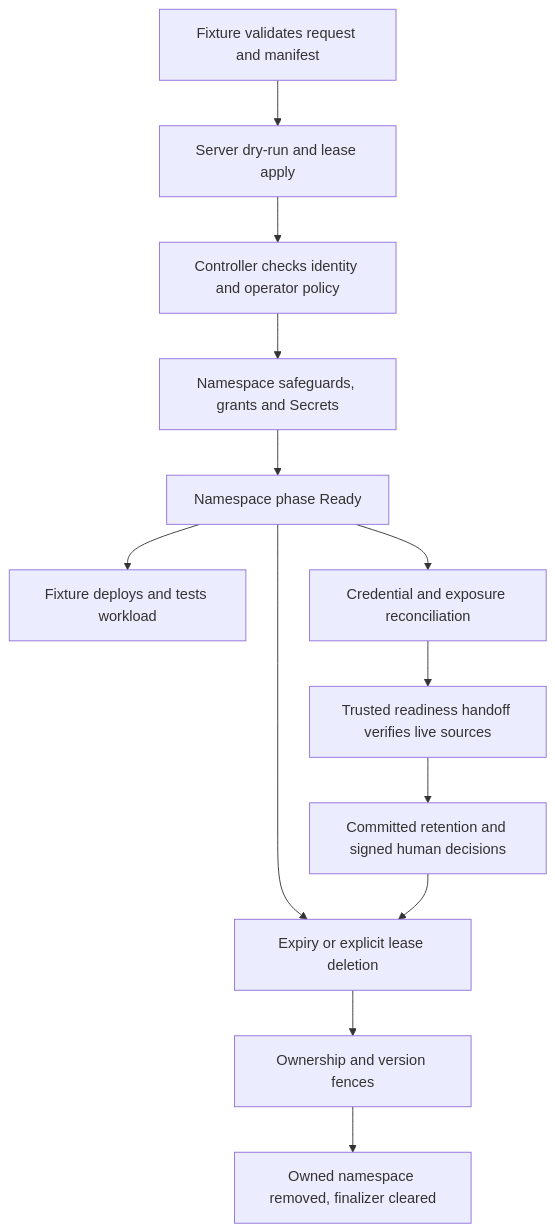
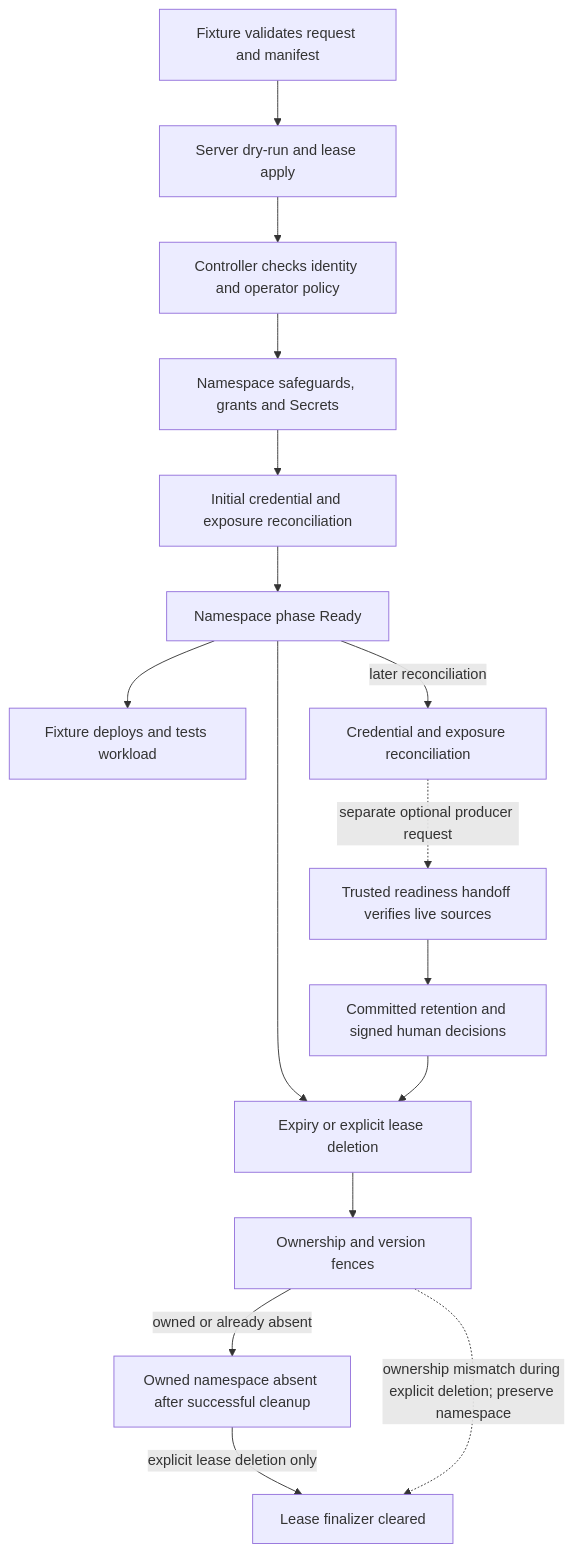
Before and after one commit to datrab/kubeclaw: the diagram in docs/site/understand/buster-namespace-controller.md, drawn with Mermaid. The commit also changed other lines of this file and 7 other files, not shown here.

Commit message:
docs: distinguish namespace provisioning and expiry cleanup boundaries

````diff
--- a/docs/site/understand/buster-namespace-controller.md
+++ b/docs/site/understand/buster-namespace-controller.md
@@ -101,15 +101,18 @@
 ```mermaid
 flowchart TD
     Fixture[Fixture validates request and manifest] --> DryRun[Server dry-run and lease apply]
     DryRun --> Policy[Controller checks identity and operator policy]
     Policy --> Provision[Namespace safeguards, grants and Secrets]
-    Provision --> NamespaceReady[Namespace phase Ready]
+    Provision --> Initial[Initial credential and exposure reconciliation]
+    Initial --> NamespaceReady[Namespace phase Ready]
     NamespaceReady --> Workload[Fixture deploys and tests workload]
-    NamespaceReady --> Optional[Credential and exposure reconciliation]
-    Optional --> Verified[Trusted readiness handoff verifies live sources]
+    NamespaceReady -->|later reconciliation| Optional[Credential and exposure reconciliation]
+    Optional -.->|separate optional producer request| Verified[Trusted readiness handoff verifies live sources]
     Verified --> Retained[Committed retention and signed human decisions]
     NamespaceReady --> Cleanup[Expiry or explicit lease deletion]
     Retained --> Cleanup
     Cleanup --> Fence[Ownership and version fences]
-    Fence --> Removed[Owned namespace removed, finalizer cleared]
+    Fence -->|owned or already absent| Removed[Owned namespace absent after successful cleanup]
+    Removed -->|explicit lease deletion only| Cleared[Lease finalizer cleared]
+    Fence -.->|ownership mismatch during explicit deletion; preserve namespace| Cleared
 ```
````
